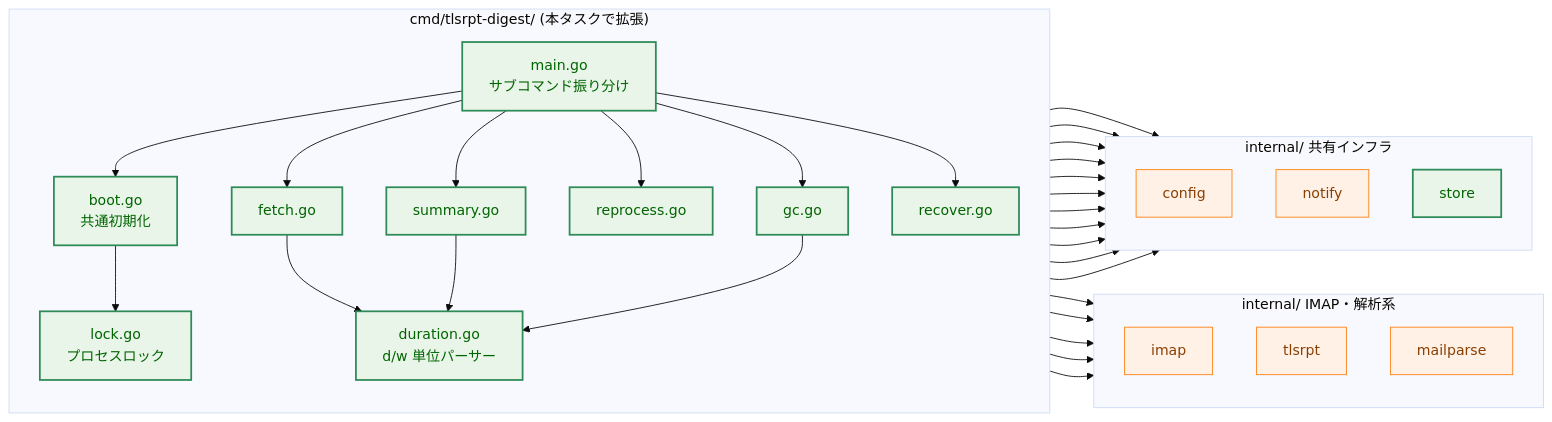
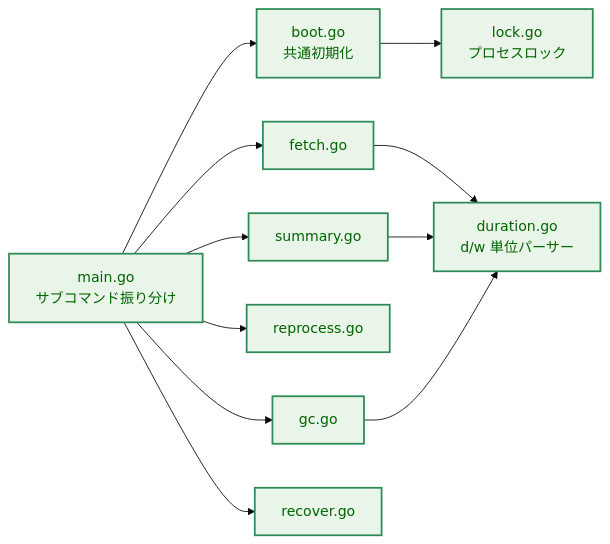
The third of 12 diagrams in docs/tasks/0070_entrypoint/02_architecture.md (isseis/tlsrpt-digest), drawn with Mermaid (base theme) before and after one commit. The commit also changed other lines of this file, not shown here.

Commit message:
docs(task 0070): replace §2.1 arrow diagram with dispatch diagram + dependency matrix
The N:M dependency diagram (cmd files × internal packages) was unreadable
regardless of layout because arrow crossings are inherent to the structure.

New approach:
- Figure A: simple cmd/ internal structure diagram showing main dispatch
  and which subcommands share duration.go (9 nodes, 10 arrows — clean)
- Figure B: dependency matrix table (files × packages with ✓ marks)
  — instantly shows which file uses what without any arrow crossings

Also moved store into the shared infra description and added explanatory
prose for why each package is used by its consumers.

````diff
--- a/docs/tasks/0070_entrypoint/02_architecture.md
+++ b/docs/tasks/0070_entrypoint/02_architecture.md
@@ -98,74 +100,28 @@
 ```mermaid
 graph LR
     classDef process fill:#fff1e6,stroke:#ff7f0e,stroke-width:1px,color:#8a3e00;
     classDef enhanced fill:#e8f5e8,stroke:#2e8b57,stroke-width:2px,color:#006400;
 
-    subgraph pkg_cmd ["cmd/tlsrpt-digest/ (本タスクで拡張)"]
-        direction TB
-        M["main.go<br>サブコマンド振り分け"]
-        BOOT["boot.go<br>共通初期化"]
-        LOCK["lock.go<br>プロセスロック"]
-        DUR["duration.go<br>d/w 単位パーサー"]
-        FETCH["fetch.go"]
-        SUM["summary.go"]
-        REP["reprocess.go"]
-        GC["gc.go"]
-        REC["recover.go"]
-    end
+    M["main.go<br>サブコマンド振り分け"]
+    BOOT["boot.go<br>共通初期化"]
+    LOCK["lock.go<br>プロセスロック"]
+    DUR["duration.go<br>d/w 単位パーサー"]
+    FETCH["fetch.go"]
+    SUM["summary.go"]
+    REP["reprocess.go"]
+    GC["gc.go"]
+    REC["recover.go"]
 
-    subgraph pkg_imap ["internal/ IMAP・解析系"]
-        direction TB
-        IMAP_PKG["imap"]
-        TLSRPT_PKG["tlsrpt"]
-        MP_PKG["mailparse"]
-    end
-
-    subgraph pkg_infra ["internal/ 共有インフラ"]
-        direction TB
-        CFG_PKG["config"]
-        NOTIFY_PKG["notify"]
-        STORE_PKG["store"]
-    end
-
-    %% main → 各サブコマンド・共通初期化
     M --> BOOT
     M --> FETCH
     M --> SUM
     M --> REP
     M --> GC
     M --> REC
-
-    %% boot → 共有インフラ
     BOOT --> LOCK
-    BOOT --> CFG_PKG
-    BOOT --> NOTIFY_PKG
-    BOOT --> STORE_PKG
-
-    %% fetch → IMAP・解析 + 共有
-    FETCH --> IMAP_PKG
-    FETCH --> TLSRPT_PKG
-    FETCH --> MP_PKG
-    FETCH --> NOTIFY_PKG
-    FETCH --> STORE_PKG
     FETCH --> DUR
-
-    %% summary → 共有
-    SUM --> NOTIFY_PKG
-    SUM --> STORE_PKG
     SUM --> DUR
-
-    %% reprocess → 解析 + 共有（IMAP 不要）
-    REP --> TLSRPT_PKG
-    REP --> MP_PKG
-    REP --> NOTIFY_PKG
-    REP --> STORE_PKG
-
-    %% gc / recover → store のみ
-    GC --> STORE_PKG
     GC --> DUR
-    REC --> STORE_PKG
 
     class M,BOOT,LOCK,DUR,FETCH,SUM,REP,GC,REC enhanced
-    class CFG_PKG,IMAP_PKG,TLSRPT_PKG,MP_PKG,NOTIFY_PKG process
-    class STORE_PKG enhanced
 ```
````
